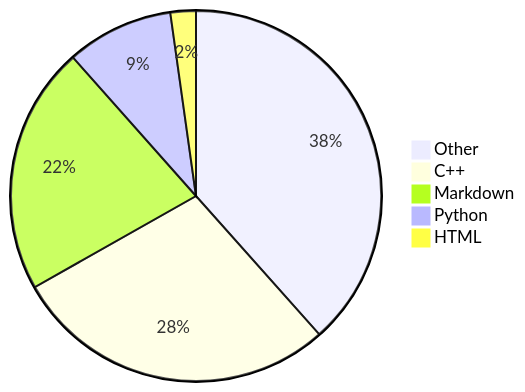
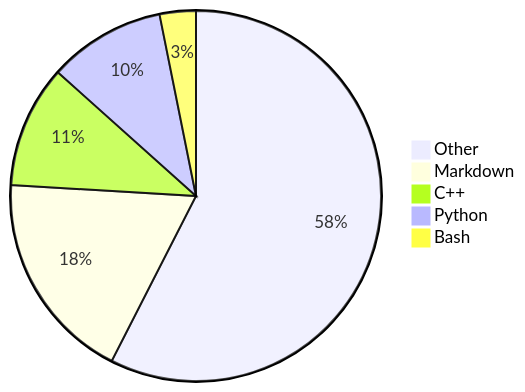
The diagram in README.md (Alicia111/alicia111), drawn with Mermaid before and after one commit.

Commit message:
Update WakaTime stats (・ω・)b

````diff
--- a/README.md
+++ b/README.md
@@ -32,8 +32,8 @@
 ```mermaid
 pie
-    "Other" : 36.34
-    "C++" : 26.86
-    "Markdown" : 20.46
-    "Python" : 8.83
-    "HTML" : 2.1
+    "Other" : 56.28
+    "Markdown" : 18.03
+    "C++" : 10.45
+    "Python" : 10.0
+    "Bash" : 3.09
 ```
````
